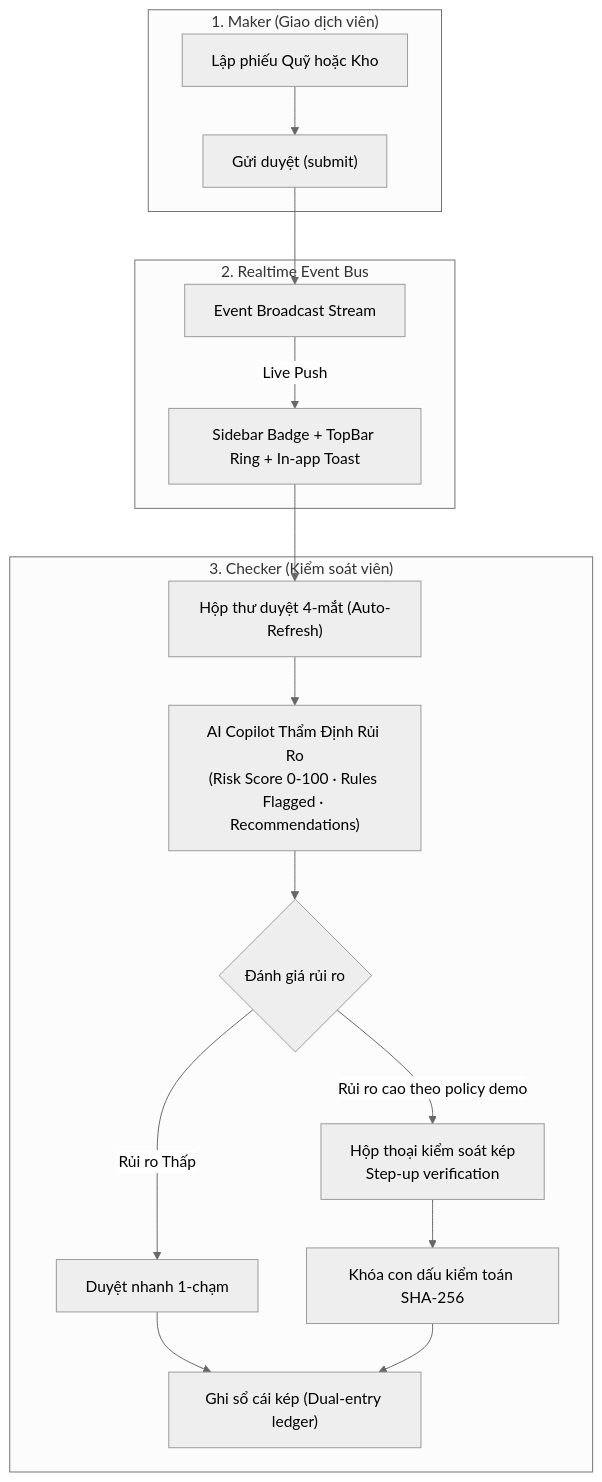
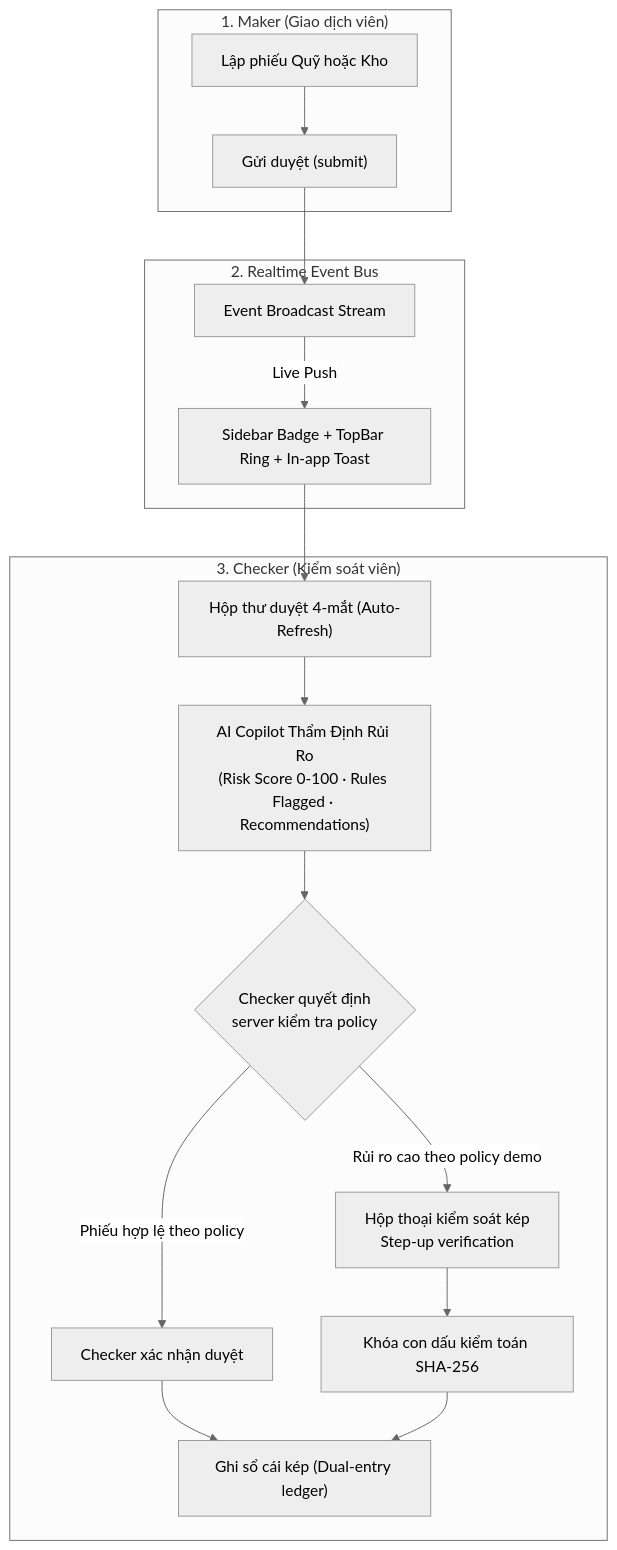
The diagram in README.md (imtarget05/BankOps), drawn with Mermaid (neutral theme) before and after one commit. The commit also changed other lines of this file and 12 other files, not shown here.

````diff
--- a/README.md
+++ b/README.md
@@ -20,22 +20,22 @@
 ```mermaid
 flowchart TD
     subgraph MakerSection ["1. Maker (Giao dịch viên)"]
         M1["Lập phiếu Quỹ hoặc Kho"] --> M2["Gửi duyệt (submit)"]
     end
 
     subgraph RealtimeBus ["2. Realtime Event Bus"]
         M2 --> EB["Event Broadcast Stream"]
         EB -->|"Live Push"| AS["Sidebar Badge + TopBar Ring + In-app Toast"]
     end
 
     subgraph CheckerSection ["3. Checker (Kiểm soát viên)"]
         AS --> AP["Hộp thư duyệt 4-mắt (Auto-Refresh)"]
         AP --> AI["AI Copilot Thẩm Định Rủi Ro<br/>(Risk Score 0-100 · Rules Flagged · Recommendations)"]
-        AI --> FlowDecision{"Đánh giá rủi ro"}
-        FlowDecision -->|Rủi ro Thấp| QuickApp["Duyệt nhanh 1-chạm"]
+        AI --> FlowDecision{"Checker quyết định<br/>server kiểm tra policy"}
+        FlowDecision -->|Phiếu hợp lệ theo policy| QuickApp["Checker xác nhận duyệt"]
         FlowDecision -->|Rủi ro cao theo policy demo| SecDialog["Hộp thoại kiểm soát kép<br/>Step-up verification"]
         QuickApp --> DBPost["Ghi sổ cái kép (Dual-entry ledger)"]
         SecDialog --> Stamp["Khóa con dấu kiểm toán SHA-256"]
         Stamp --> DBPost
     end
 ```
````
